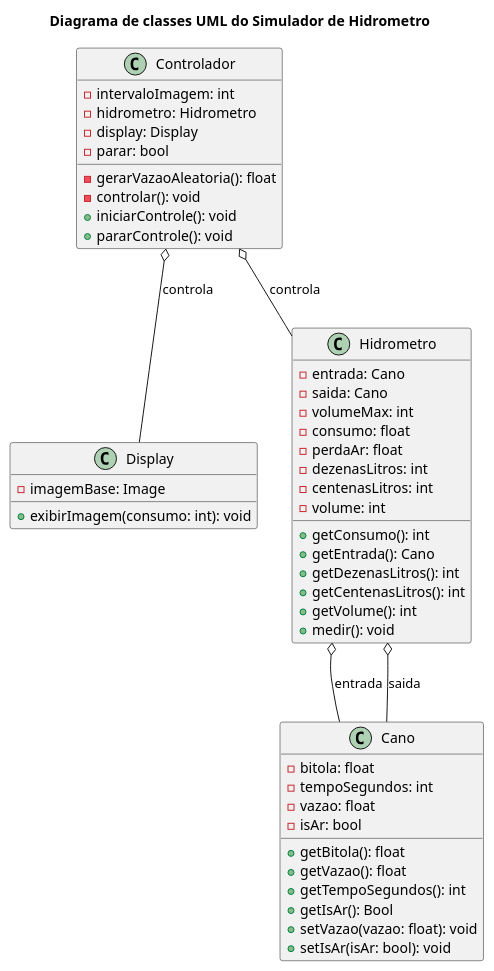
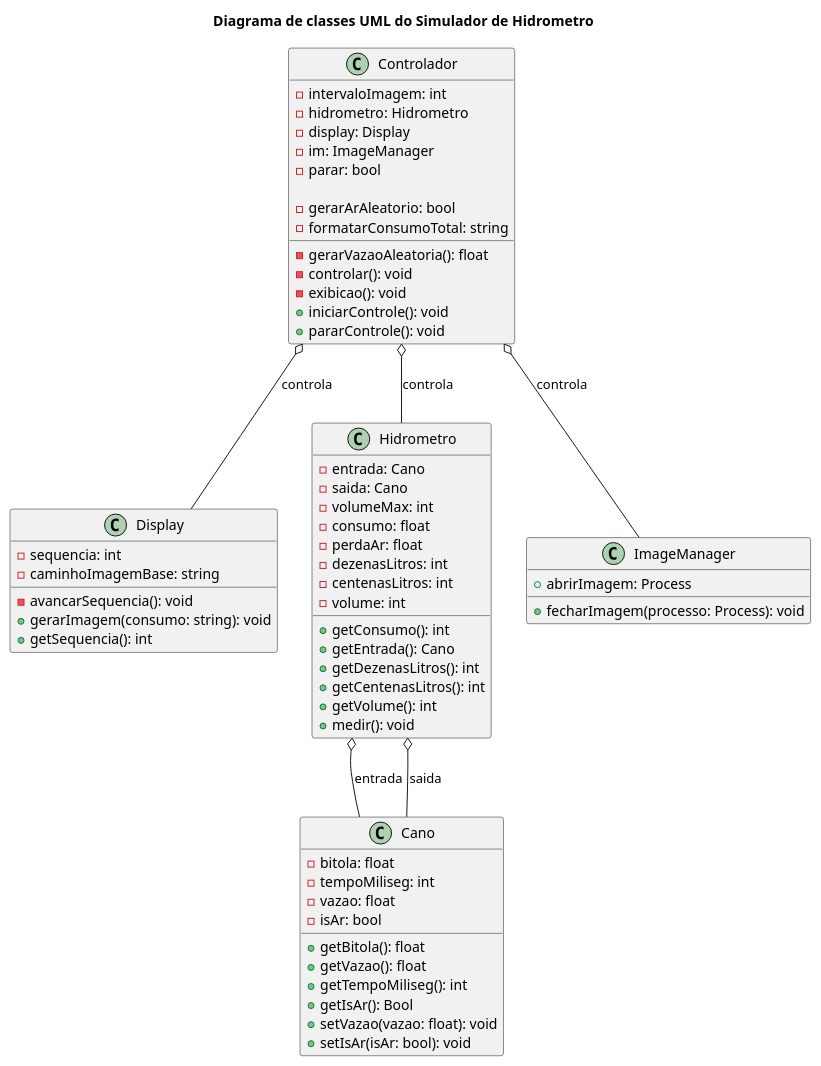
Before and after one commit to JeffersonAmorimdaCosta/simulador-hidrometro: the diagram in docs/diagrama.puml, drawn with PlantUML. The commit also changed 14 other files, not shown here.

```diff
--- a/docs/diagrama.puml
+++ b/docs/diagrama.puml
@@ -1,61 +1,73 @@
 @startuml
 title Diagrama de classes UML do Simulador de Hidrometro
 
 class Cano {
     - bitola: float
-    ' - pressao: float
-    - tempoSegundos: int
+    - tempoMiliseg: int
     - vazao: float
     - isAr: bool
 
     + getBitola(): float
-    ' + getPressao(): float
     + getVazao(): float
-    + getTempoSegundos(): int
+    + getTempoMiliseg(): int
     + getIsAr(): Bool
     + setVazao(vazao: float): void
     + setIsAr(isAr: bool): void
 }
 
 class Display {
-    - imagemBase: Image
-    + exibirImagem(consumo: int): void
+    - sequencia: int
+    - caminhoImagemBase: string
+
+    - avancarSequencia(): void
+    + gerarImagem(consumo: string): void
+    + getSequencia(): int
 }
 
 class Hidrometro {
     - entrada: Cano
     - saida: Cano
     - volumeMax: int
     - consumo: float
     - perdaAr: float
     - dezenasLitros: int
     - centenasLitros: int
     - volume: int
 
     + getConsumo(): int
     + getEntrada(): Cano
     + getDezenasLitros(): int
     + getCentenasLitros(): int
     + getVolume(): int
     + medir(): void
 }
 
 class Controlador {
     - intervaloImagem: int
     - hidrometro: Hidrometro
     - display: Display
+    - im: ImageManager
     - parar: bool
 
     - gerarVazaoAleatoria(): float
+    - gerarArAleatorio: bool
+    - formatarConsumoTotal: string
     - controlar(): void
+    - exibicao(): void
     + iniciarControle(): void
     + pararControle(): void
+}
+
+class ImageManager {
+    + abrirImagem: Process
+    + fecharImagem(processo: Process): void
 }
 
 '--- Relações ---
 Hidrometro o-- Cano : entrada
 Hidrometro o-- Cano : saida
 Controlador o-- Hidrometro : controla
 Controlador o-- Display : controla
+Controlador o-- ImageManager : controla
 
 @enduml
```
